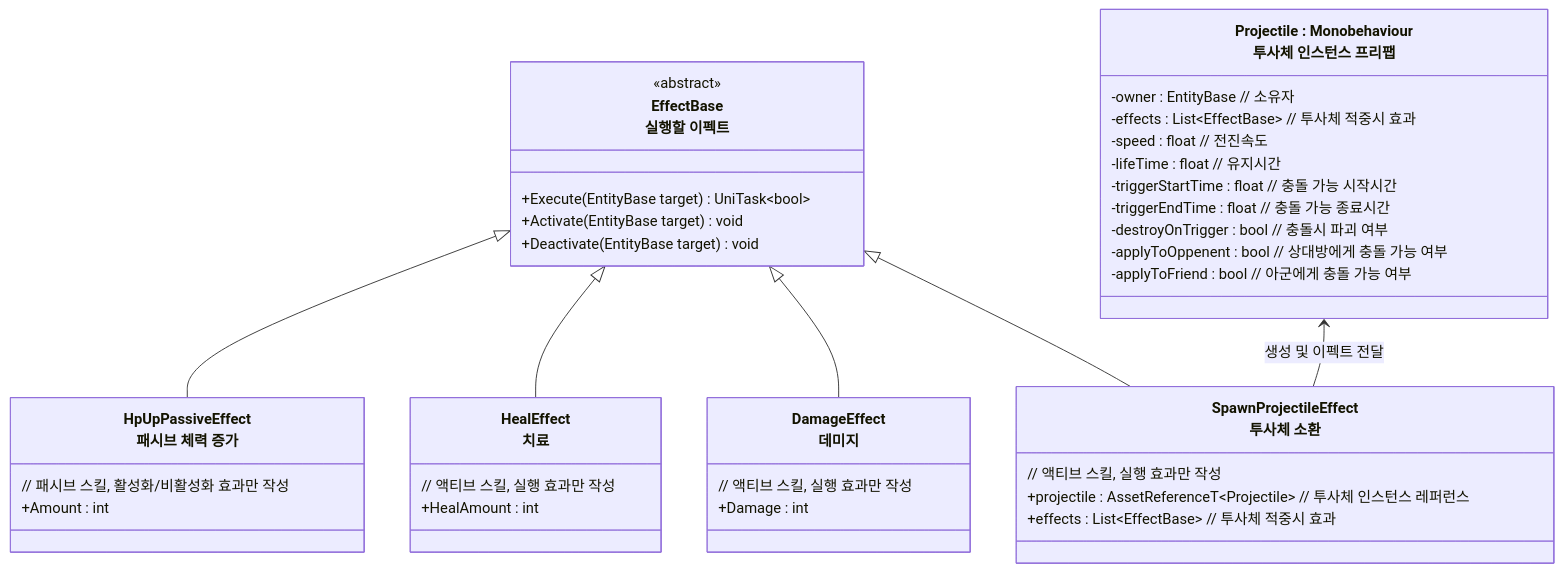
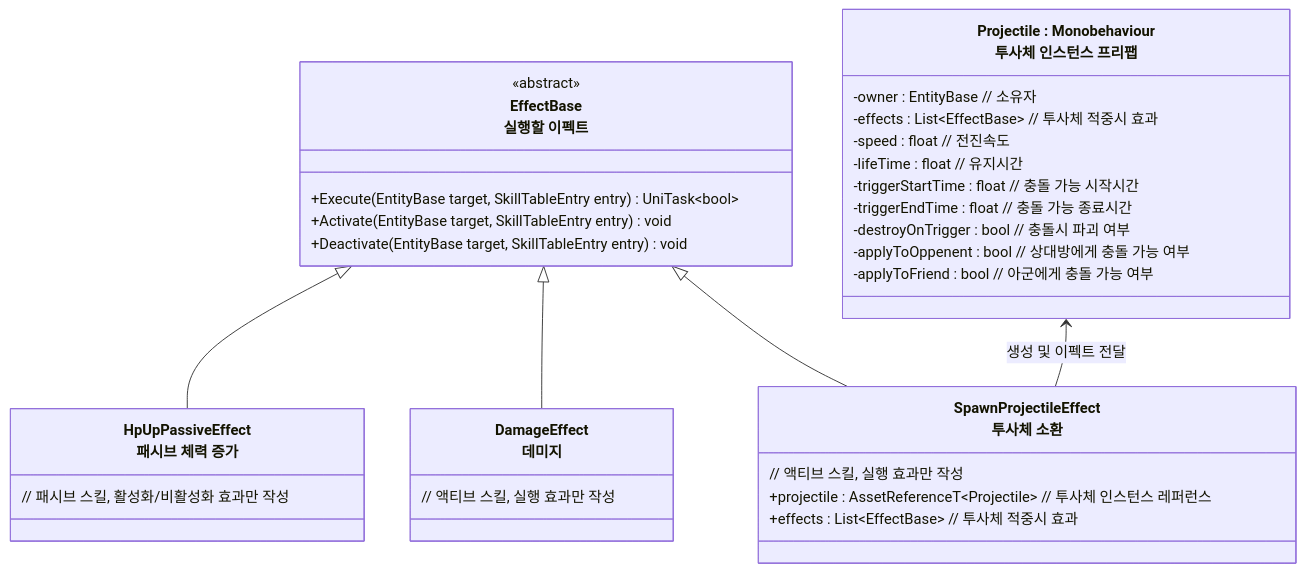
One commit to JIN5EOK/DungeonShooter changed the third of 4 diagrams in README/스킬시스템_설계.md. Above: the diagram before and after it, drawn with Mermaid. The commit also changed other lines of this file and 1 other file, not shown here.

````diff
--- a/README/스킬시스템_설계.md
+++ b/README/스킬시스템_설계.md
@@ -57,49 +115,41 @@
 ```mermaid
 classDiagram
     class EffectBase["EffectBase<br>실행할 이펙트"]{
         <<abstract>>
-        +Execute(EntityBase target) UniTask~bool~
-        +Activate(EntityBase target) void
-        +Deactivate(EntityBase target) void
+        +Execute(EntityBase target, SkillTableEntry entry) UniTask~bool~
+        +Activate(EntityBase target, SkillTableEntry entry) void
+        +Deactivate(EntityBase target, SkillTableEntry entry) void
     }
 
 	class HpUpPassiveEffect["HpUpPassiveEffect<br>패시브 체력 증가"]{
 		// 패시브 스킬, 활성화/비활성화 효과만 작성
-		+Amount : int
-		
 	}
 	
     class DamageEffect["DamageEffect<br>데미지"]{
         // 액티브 스킬, 실행 효과만 작성
-        +Damage : int
     }
 
-    class HealEffect["HealEffect<br>치료"]{
-        // 액티브 스킬, 실행 효과만 작성
-        +HealAmount : int
-    }
 
     class SpawnProjectileEffect["SpawnProjectileEffect<br>투사체 소환"]{
 	    // 액티브 스킬, 실행 효과만 작성
         +projectile : AssetReferenceT~Projectile~ // 투사체 인스턴스 레퍼런스
         +effects : List~EffectBase~ // 투사체 적중시 효과
     }
     
     class Projectile["Projectile : Monobehaviour<br>투사체 인스턴스 프리팹"]{
         -owner : EntityBase // 소유자
         -effects : List~EffectBase~ // 투사체 적중시 효과
         -speed : float // 전진속도
         -lifeTime : float // 유지시간
         -triggerStartTime : float // 충돌 가능 시작시간
         -triggerEndTime : float // 충돌 가능 종료시간
         -destroyOnTrigger : bool // 충돌시 파괴 여부
         -applyToOppenent : bool // 상대방에게 충돌 가능 여부
         -applyToFriend : bool // 아군에게 충돌 가능 여부
     }
 
     EffectBase <|-- HpUpPassiveEffect
-    EffectBase <|-- HealEffect
     EffectBase <|-- DamageEffect
     EffectBase <|-- SpawnProjectileEffect
     Projectile <-- SpawnProjectileEffect : 생성 및 이펙트 전달
 ```
````
